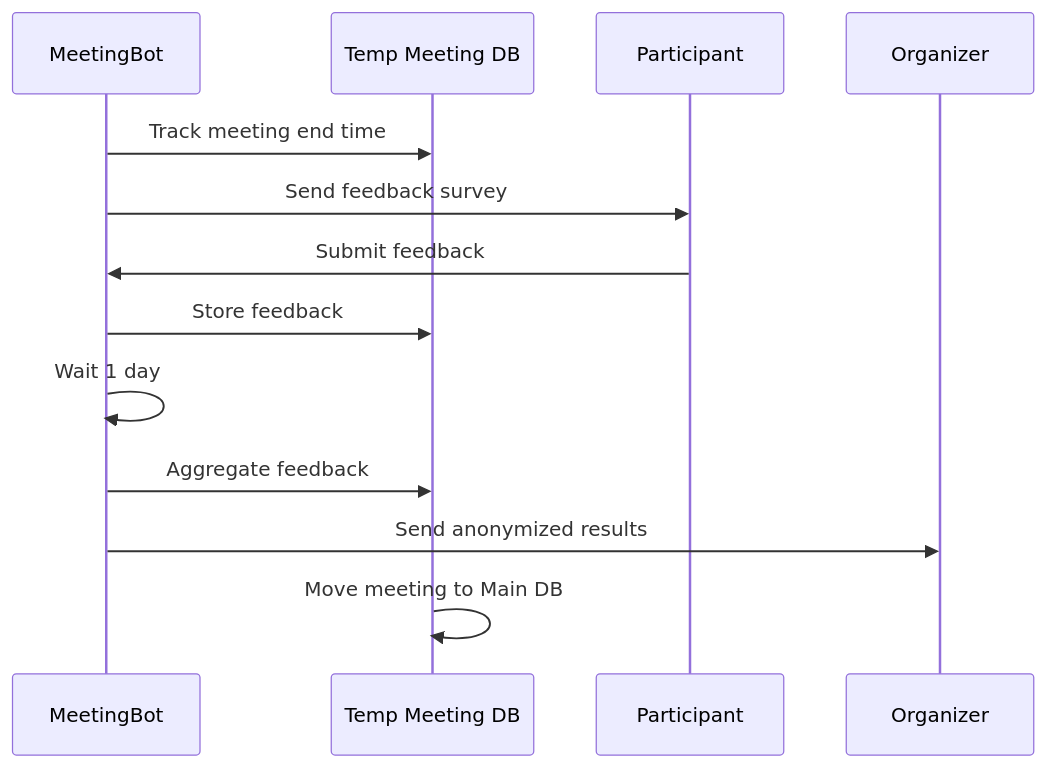
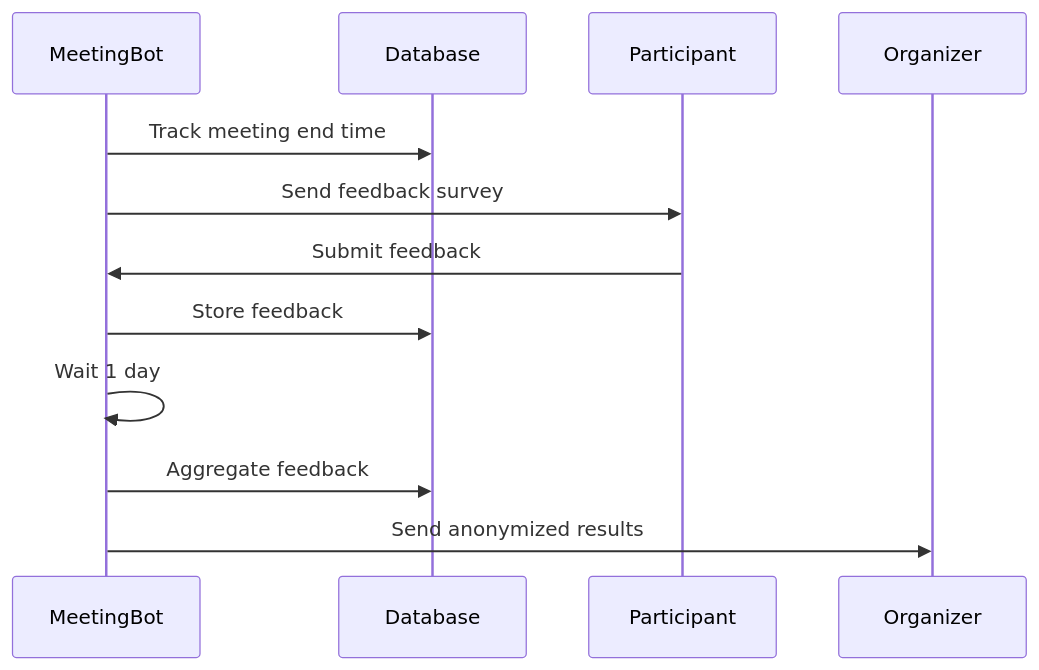
One commit to Morsianeren/meeting-calculator-bot changed the diagram in doc/feedback-flow.md. Above: the diagram before and after it, drawn with Mermaid. The commit also changed 1 other file, not shown here.

Commit message:
Fixed outdated diagrams

````diff
--- a/doc/feedback-flow.md
+++ b/doc/feedback-flow.md
@@ -3,15 +3,14 @@
 ```mermaid
 sequenceDiagram
     participant Bot as MeetingBot
-    participant DB as Temp Meeting DB
+    participant DB as Database
     participant User as Participant
     participant Org as Organizer
     Bot->>DB: Track meeting end time
     Bot->>User: Send feedback survey
     User->>Bot: Submit feedback
     Bot->>DB: Store feedback
     Bot->>Bot: Wait 1 day
     Bot->>DB: Aggregate feedback
     Bot->>Org: Send anonymized results
-    DB->>DB: Move meeting to Main DB
 ```
````
